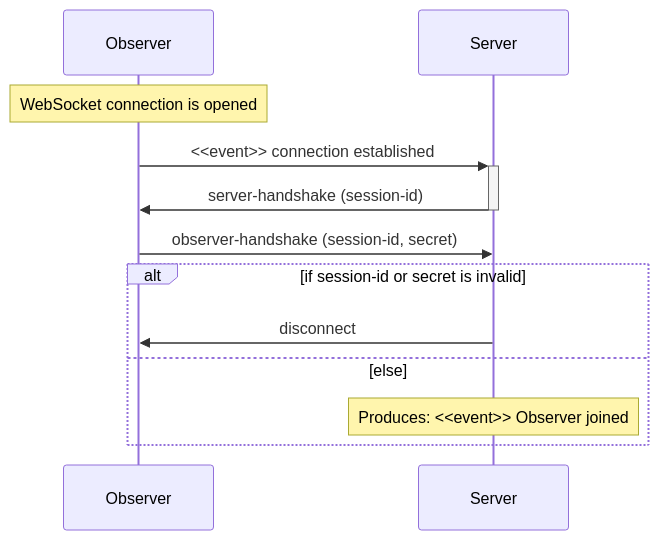
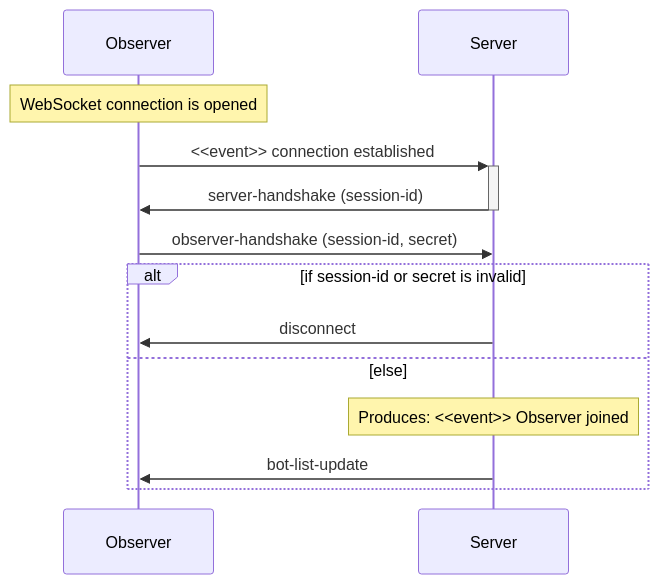
One commit to robocode-dev/tank-royale changed the third of 13 diagrams in schema/schemas/README.md. Above: the diagram before and after it, drawn with Mermaid. The commit also changed other lines of this file and 9 other files, not shown here.

````diff
--- a/schema/schemas/README.md
+++ b/schema/schemas/README.md
@@ -62,12 +74,13 @@
 ```mermaid
 sequenceDiagram
-    Note over Observer: WebSocket connection is opened
-    Observer->>+Server: <<event>> connection established
-    Server->>-Observer: server-handshake (session-id)
-    Observer->>Server: observer-handshake (session-id, secret)
-    alt if session-id or secret is invalid
-        Server->>Observer: disconnect
-    else else
-        Note over Server: Produces: <<event>> Observer joined
-    end
+Note over Observer: WebSocket connection is opened
+Observer->>+Server: <<event>> connection established
+Server->>-Observer: server-handshake (session-id)
+Observer->>Server: observer-handshake (session-id, secret)
+alt if session-id or secret is invalid
+    Server->>Observer: disconnect
+else else
+    Note over Server: Produces: <<event>> Observer joined
+    Server->>Observer: bot-list-update
+end
 ```
````
